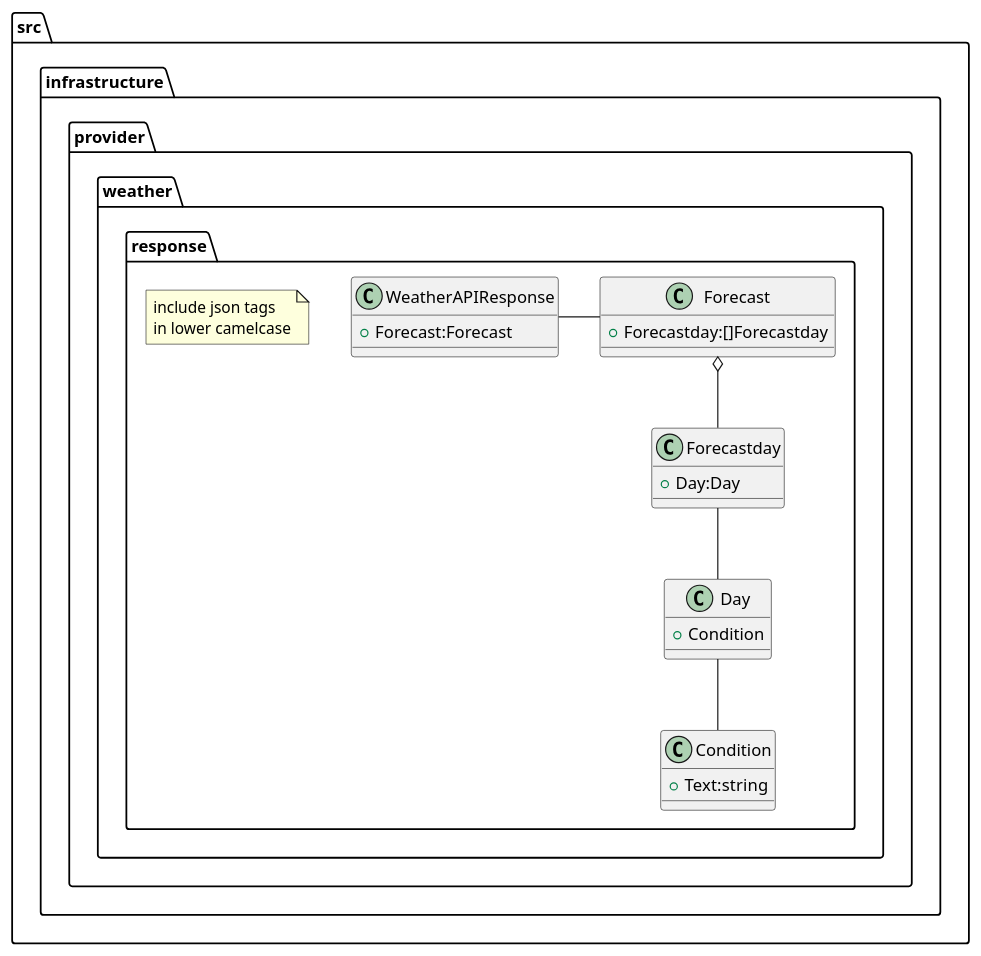
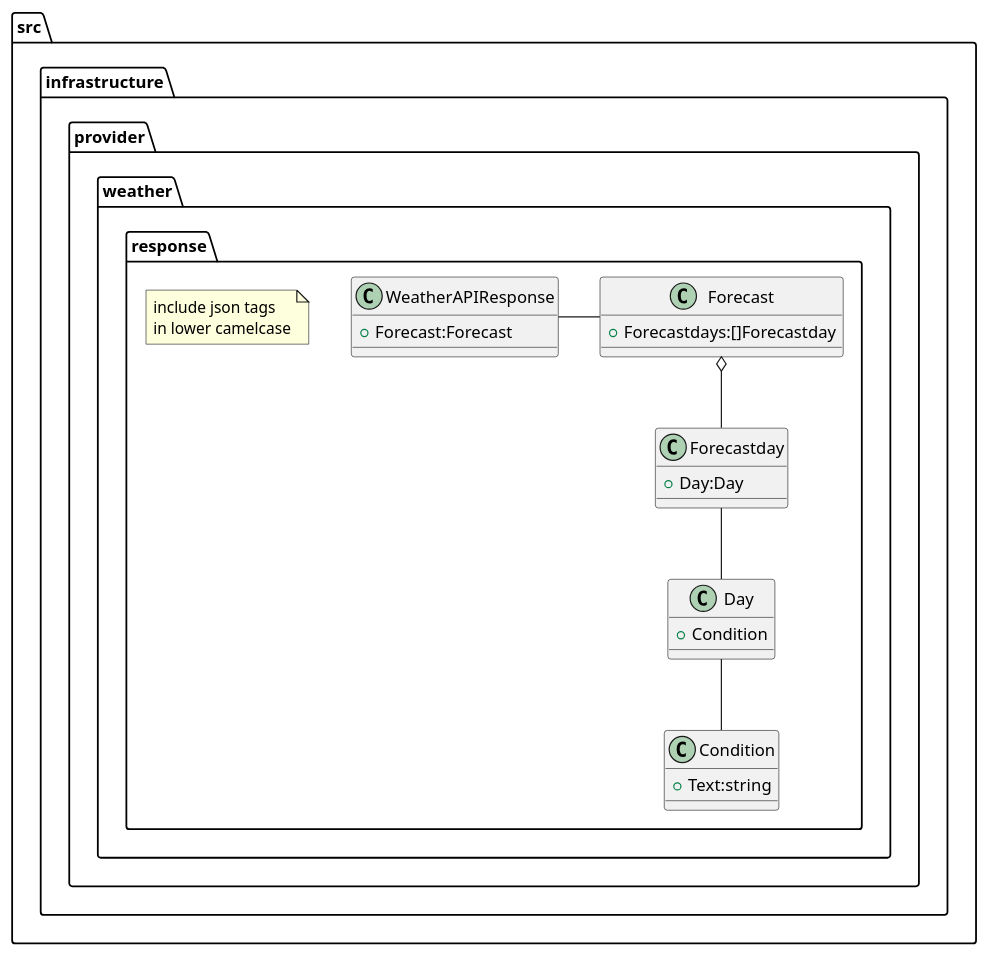
The diagram in docs/usecases/getforecastforcities/providers/weatherapi/response/weather_api_response.puml (micoyeye22/TUITechHomework), drawn with PlantUML before and after one commit. The commit also changed 13 other files, not shown here.

```diff
--- a/docs/usecases/getforecastforcities/providers/weatherapi/response/weather_api_response.puml
+++ b/docs/usecases/getforecastforcities/providers/weatherapi/response/weather_api_response.puml
@@ -1,34 +1,34 @@
 @startuml
 
 package "src.infrastructure.provider.weather.response" {
     note as n1
         include json tags
         in lower camelcase
     end note
 
     class WeatherAPIResponse {
         + Forecast:Forecast
     }
 
     class Forecast {
-        + Forecastday:[]Forecastday
+        + Forecastdays:[]Forecastday
     }
 
     class Forecastday {
         + Day:Day
     }
 
     class Day {
         + Condition
     }
 
     class Condition {
         + Text:string
     }
 }
 WeatherAPIResponse - Forecast
 Forecast o-- Forecastday
 Forecastday -- Day
 Day -- Condition
 
 @enduml
```
